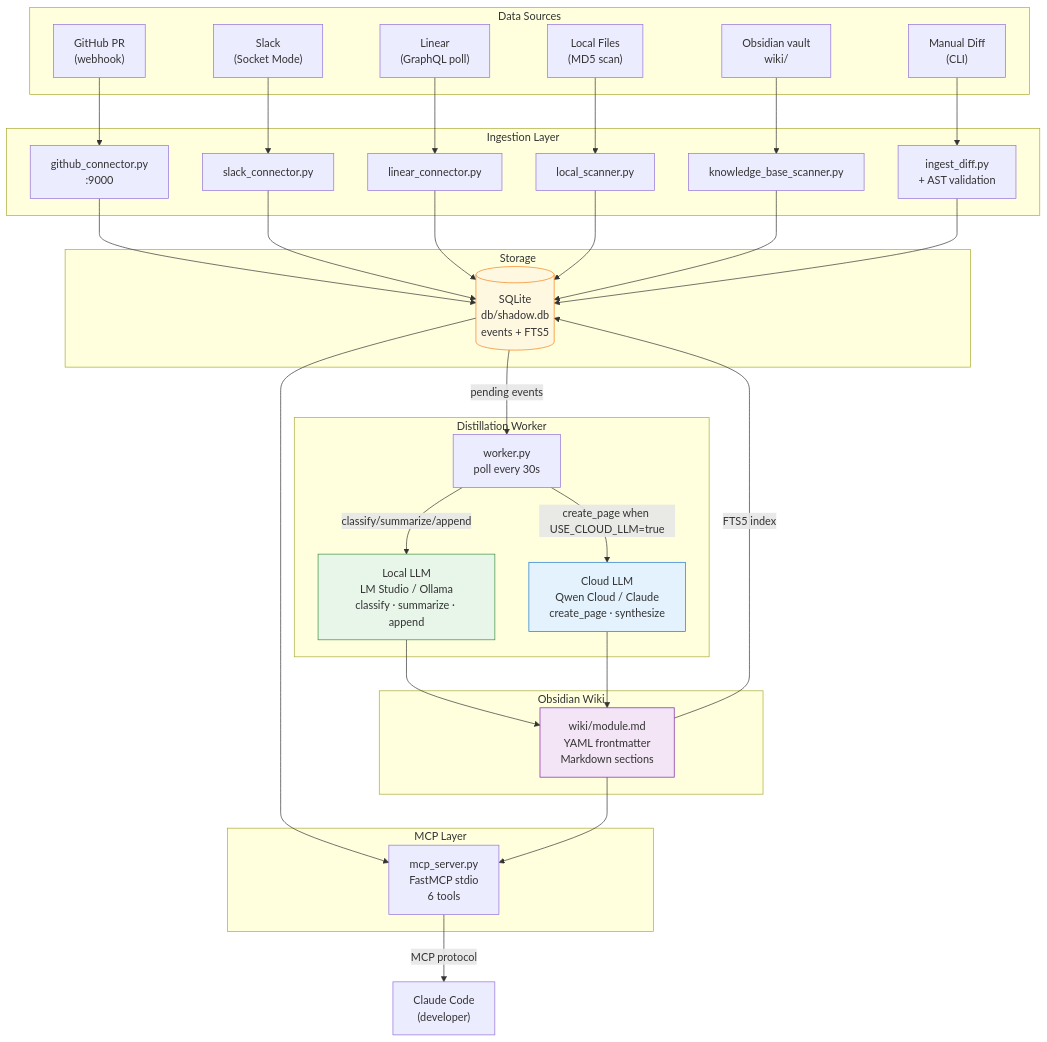
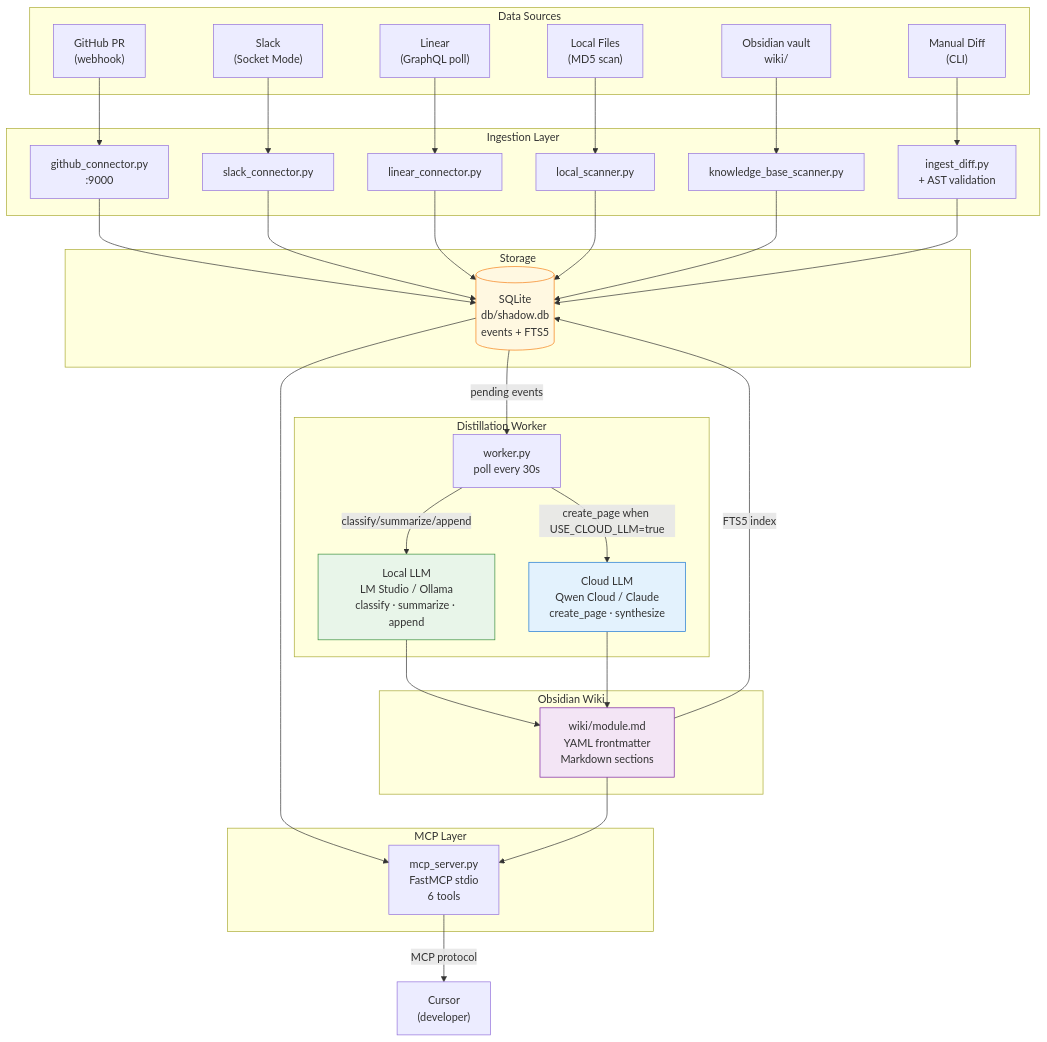
The diagram in docs/architecture.md (thomaschen-tw/shadow-wiki), drawn with Mermaid before and after one commit. The commit also changed other lines of this file and 11 other files, not shown here.

First line of the commit message:
Switch MCP integration from Claude Code to Cursor

````diff
--- a/docs/architecture.md
+++ b/docs/architecture.md
@@ -83,65 +83,65 @@
 ```mermaid
 flowchart TD
     subgraph sources["Data Sources"]
         GH["GitHub PR\n(webhook)"]
         SL["Slack\n(Socket Mode)"]
         LI["Linear\n(GraphQL poll)"]
         FS["Local Files\n(MD5 scan)"]
         KB["Obsidian vault\nwiki/"]
         CLI["Manual Diff\n(CLI)"]
     end
 
     subgraph ingest["Ingestion Layer"]
         GH_C["github_connector.py\n:9000"]
         SL_C["slack_connector.py"]
         LI_C["linear_connector.py"]
         LS_C["local_scanner.py"]
         KB_C["knowledge_base_scanner.py"]
         ID["ingest_diff.py\n+ AST validation"]
     end
 
     subgraph storage["Storage"]
         DB[("SQLite\ndb/shadow.db\nevents + FTS5")]
     end
 
     subgraph worker["Distillation Worker"]
         W["worker.py\npoll every 30s"]
         LOCAL["Local LLM\nLM Studio / Ollama\nclassify · summarize · append"]
         CLOUD["Cloud LLM\nQwen Cloud / Claude\ncreate_page · synthesize"]
     end
 
     subgraph wiki["Obsidian Wiki"]
         MD["wiki/module.md\nYAML frontmatter\nMarkdown sections"]
     end
 
     subgraph mcp["MCP Layer"]
         MCP["mcp_server.py\nFastMCP stdio\n6 tools"]
     end
 
-    CC["Claude Code\n(developer)"]
+    CC["Cursor\n(developer)"]
 
     GH --> GH_C
     SL --> SL_C
     LI --> LI_C
     FS --> LS_C
     KB --> KB_C
     CLI --> ID
 
     GH_C & SL_C & LI_C & LS_C & KB_C & ID --> DB
 
     DB -->|pending events| W
     W -->|classify/summarize/append| LOCAL
     W -->|create_page when USE_CLOUD_LLM=true| CLOUD
 
     LOCAL & CLOUD --> MD
     MD -->|FTS5 index| DB
 
     DB --> MCP
     MD --> MCP
     MCP -->|MCP protocol| CC
 
     style LOCAL fill:#e8f5e9,stroke:#388e3c
     style CLOUD fill:#e3f2fd,stroke:#1976d2
     style DB fill:#fff8e1,stroke:#f57f17
     style MD fill:#f3e5f5,stroke:#7b1fa2
 ```
````
